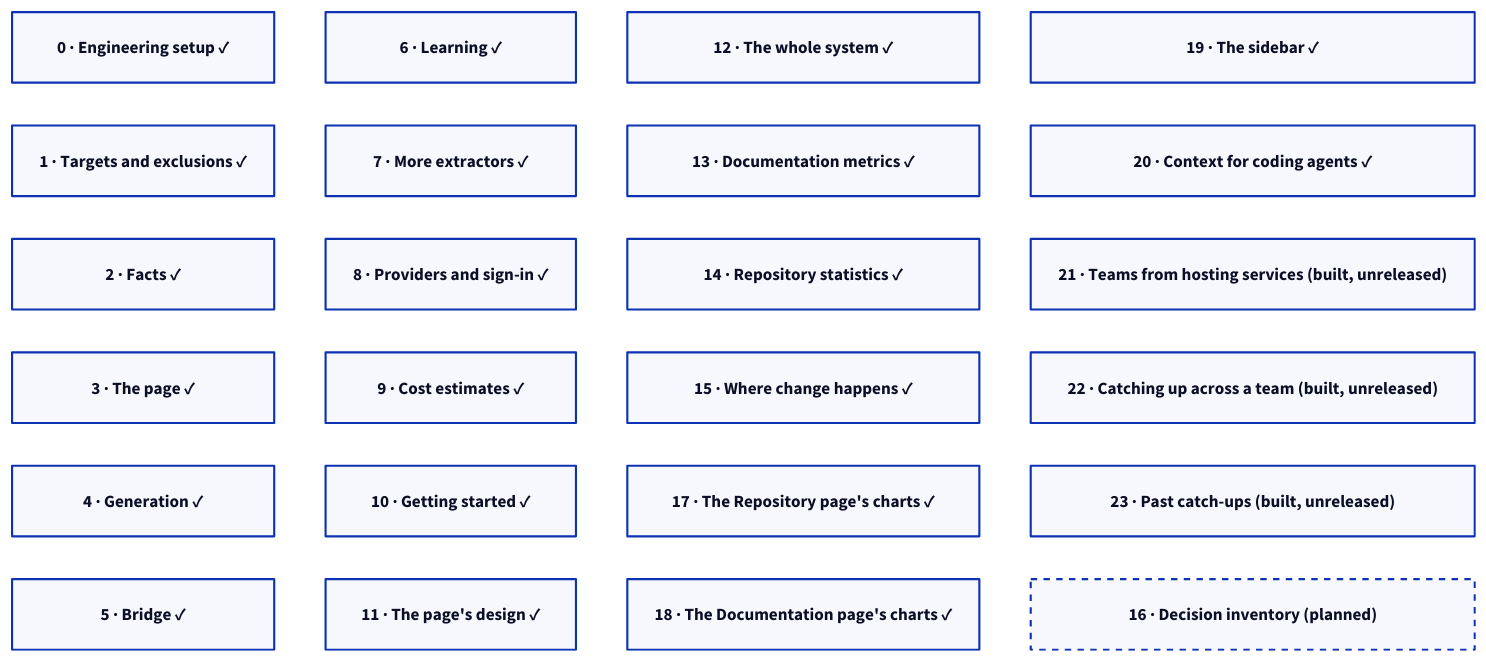
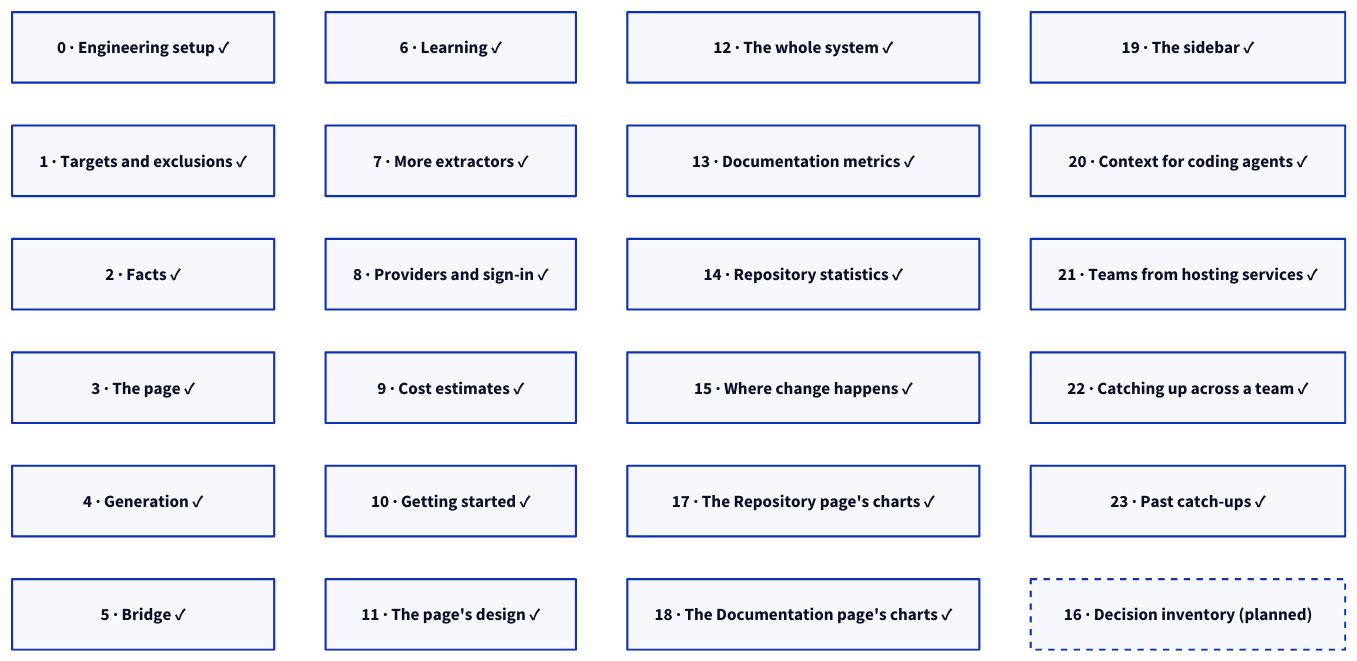
One commit to mohamed-abdelsattar92/codetrail changed the diagram in docs/diagrams/phases.d2. Above: the diagram before and after it, drawn with D2. The commit also changed 5 other files, not shown here.

```diff
--- a/docs/diagrams/phases.d2
+++ b/docs/diagrams/phases.d2
@@ -1,29 +1,29 @@
 # The design's phases and what is built, in reading order (README, "Status"). Render with `just diagrams`.
 grid-columns: 4
 horizontal-gap: 48
 vertical-gap: 40
 
 p0: "0 · Engineering setup ✓"
 p1: "1 · Targets and exclusions ✓"
 p2: "2 · Facts ✓"
 p3: "3 · The page ✓"
 p4: "4 · Generation ✓"
 p5: "5 · Bridge ✓"
 p6: "6 · Learning ✓"
 p7: "7 · More extractors ✓"
 p8: "8 · Providers and sign-in ✓"
 p9: "9 · Cost estimates ✓"
 p10: "10 · Getting started ✓"
 p11: "11 · The page's design ✓"
 p12: "12 · The whole system ✓"
 p13: "13 · Documentation metrics ✓"
 p14: "14 · Repository statistics ✓"
 p15: "15 · Where change happens ✓"
 p17: "17 · The Repository page's charts ✓"
 p18: "18 · The Documentation page's charts ✓"
 p19: "19 · The sidebar ✓"
 p20: "20 · Context for coding agents ✓"
-p21: "21 · Teams from hosting services (built, unreleased)"
-p22: "22 · Catching up across a team (built, unreleased)"
-p23: "23 · Past catch-ups (built, unreleased)"
+p21: "21 · Teams from hosting services ✓"
+p22: "22 · Catching up across a team ✓"
+p23: "23 · Past catch-ups ✓"
 p16: "16 · Decision inventory (planned)" {style.stroke-dash: 3}
```
